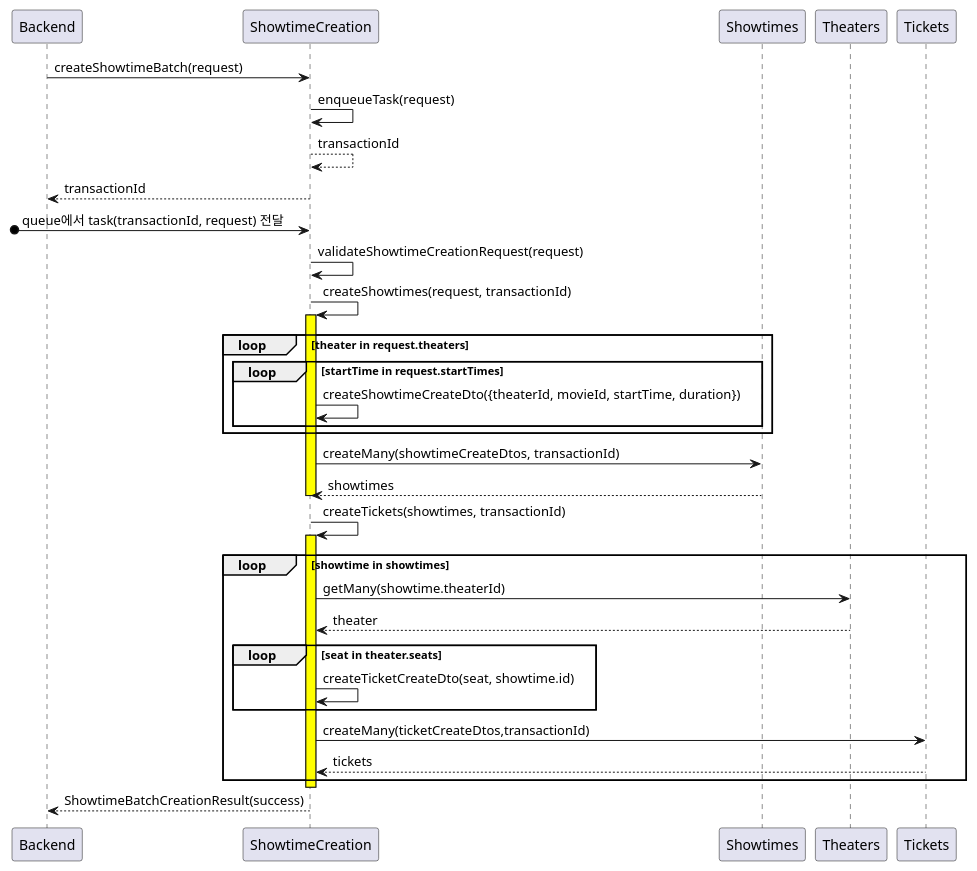
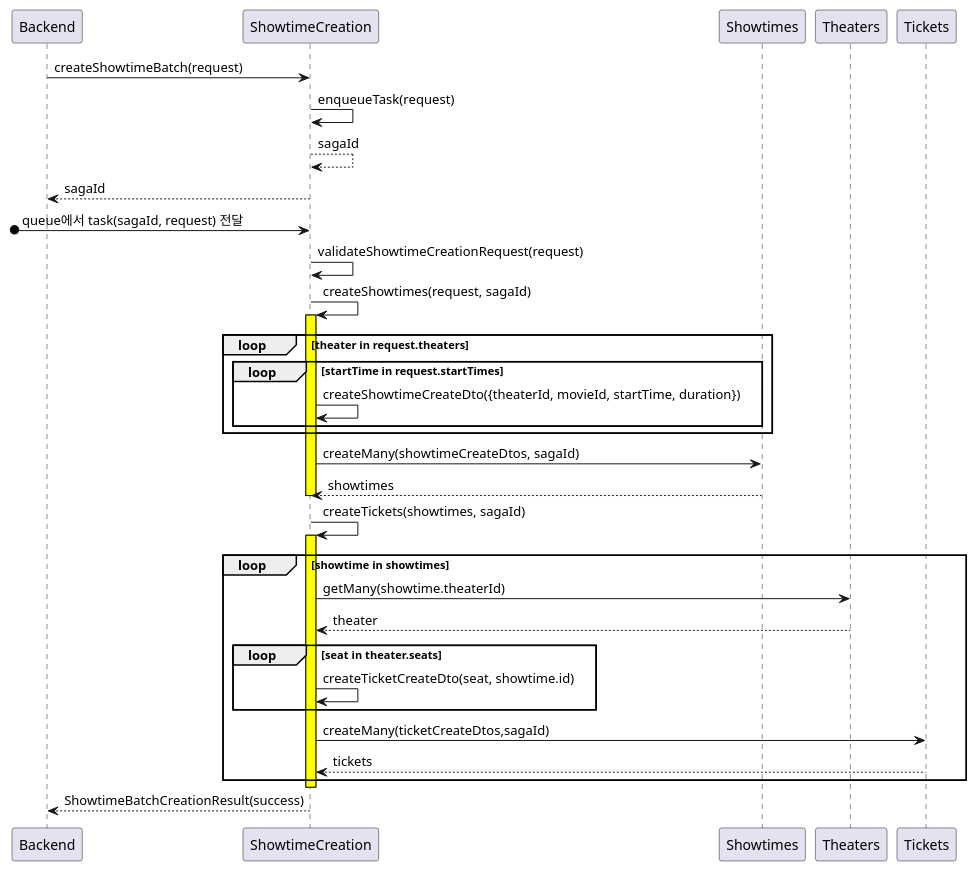
One commit to mannercode/nest-seed changed the second of 2 diagrams in docs/ko/designs/showtime-creation.md. Above: the diagram before and after it, drawn with PlantUML. The commit also changed other lines of this file and 26 other files, not shown here.

Commit message:
refactor: replace transactionId with sagaId across showtime and ticket services

````diff
--- a/docs/ko/designs/showtime-creation.md
+++ b/docs/ko/designs/showtime-creation.md
@@ -93,37 +93,37 @@
 ```plantuml
 @startuml
 Backend -> ShowtimeCreation: createShowtimeBatch(request)
         ShowtimeCreation -> ShowtimeCreation: enqueueTask(request)
-        ShowtimeCreation --> ShowtimeCreation: transactionId
-Backend <-- ShowtimeCreation: transactionId
+        ShowtimeCreation --> ShowtimeCreation: sagaId
+Backend <-- ShowtimeCreation: sagaId
 
-[o-> ShowtimeCreation: queue에서 task(transactionId, request) 전달
+[o-> ShowtimeCreation: queue에서 task(sagaId, request) 전달
     ShowtimeCreation -> ShowtimeCreation: validateShowtimeCreationRequest(request)
 
-    ShowtimeCreation -> ShowtimeCreation: createShowtimes(request, transactionId)
+    ShowtimeCreation -> ShowtimeCreation: createShowtimes(request, sagaId)
     activate ShowtimeCreation #yellow
         loop theater in request.theaters
             loop startTime in request.startTimes
                 ShowtimeCreation -> ShowtimeCreation: createShowtimeCreateDto({theaterId, movieId, startTime, duration})
             end
         end
 
-        ShowtimeCreation -> Showtimes: createMany(showtimeCreateDtos, transactionId)
+        ShowtimeCreation -> Showtimes: createMany(showtimeCreateDtos, sagaId)
         ShowtimeCreation <-- Showtimes: showtimes
     deactivate ShowtimeCreation
 
-    ShowtimeCreation -> ShowtimeCreation: createTickets(showtimes, transactionId)
+    ShowtimeCreation -> ShowtimeCreation: createTickets(showtimes, sagaId)
     activate ShowtimeCreation #yellow
         loop showtime in showtimes
             ShowtimeCreation -> Theaters: getMany(showtime.theaterId)
             ShowtimeCreation <-- Theaters: theater
             loop seat in theater.seats
                 ShowtimeCreation -> ShowtimeCreation: createTicketCreateDto(seat, showtime.id)
             end
-            ShowtimeCreation -> Tickets: createMany(ticketCreateDtos,transactionId)
+            ShowtimeCreation -> Tickets: createMany(ticketCreateDtos,sagaId)
             ShowtimeCreation <-- Tickets: tickets
         end
     deactivate ShowtimeCreation
 Backend <-- ShowtimeCreation: ShowtimeBatchCreationResult(success)
 @enduml
 ```
````
